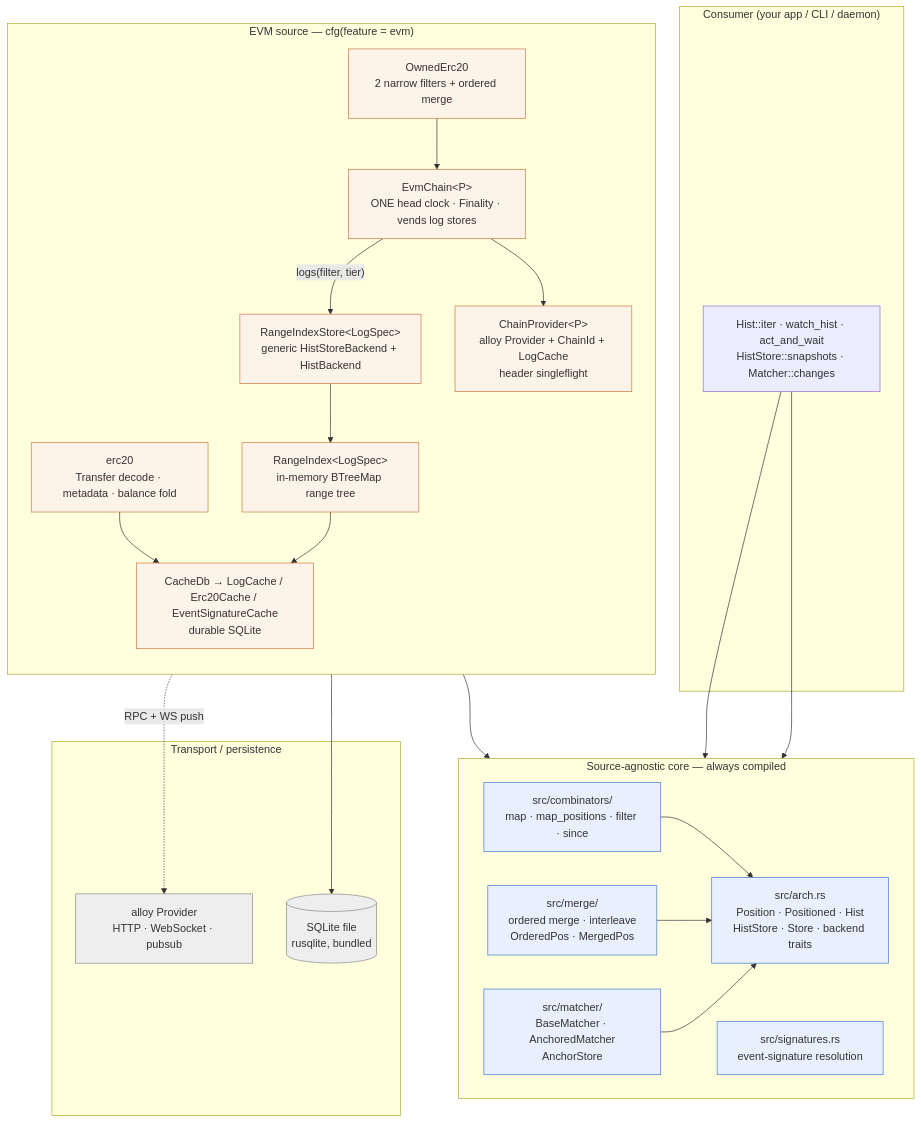
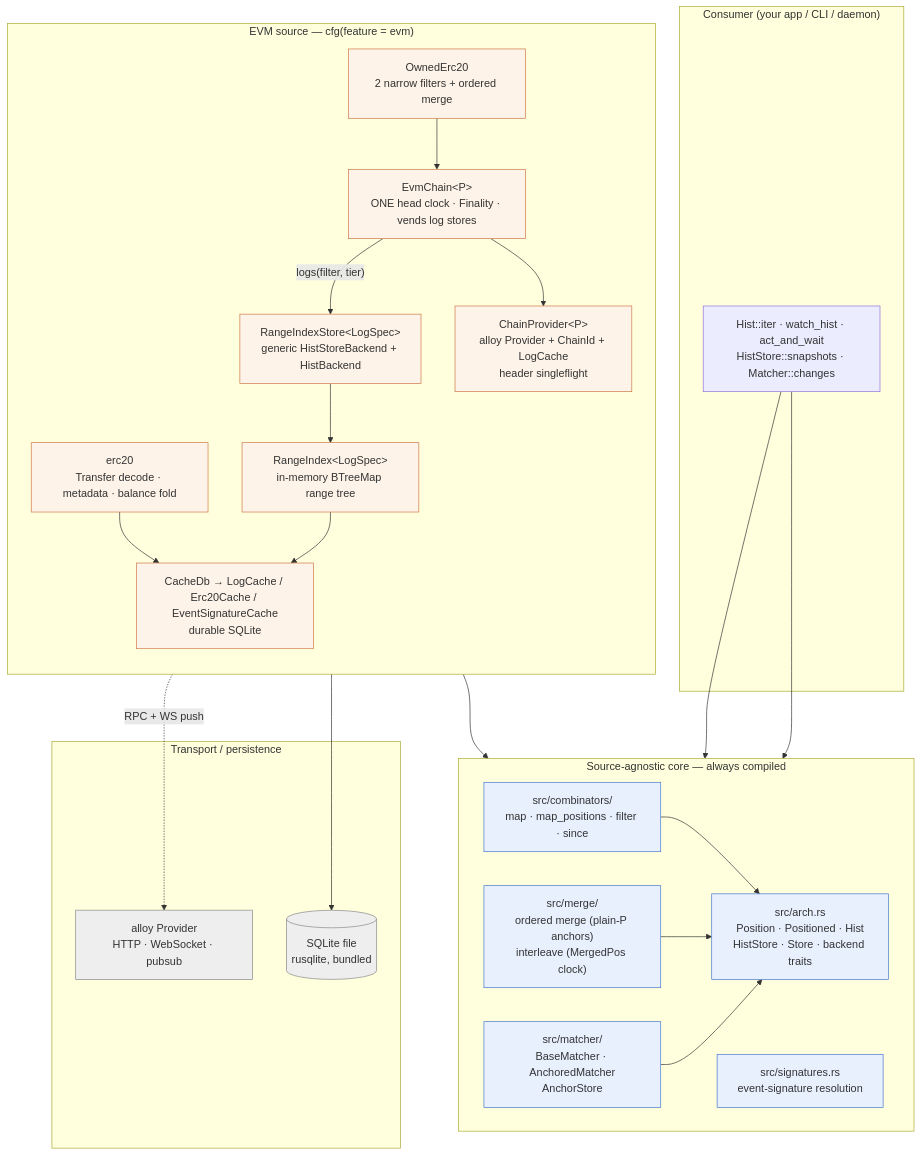
The second of 12 diagrams in docs/ARCHITECTURE.md (nikicat/chainfold), drawn with Mermaid before and after one commit. The commit also changed other lines of this file and 2 other files, not shown here.

First line of the commit message:
docs: ordered merge coalesces — plain-P anchors in §7 and friends

````diff
--- a/docs/ARCHITECTURE.md
+++ b/docs/ARCHITECTURE.md
@@ -127,53 +127,53 @@
 ```mermaid
 flowchart TB
     subgraph CONSUMER["Consumer (your app / CLI / daemon)"]
         UserCode["Hist::iter · watch_hist · act_and_wait<br/>HistStore::snapshots · Matcher::changes"]
     end
 
     subgraph CORE["Source-agnostic core — always compiled"]
         direction LR
         arch["src/arch.rs<br/>Position · Positioned · Hist<br/>HistStore · Store · backend traits"]
         combinators["src/combinators/<br/>map · map_positions · filter · since"]
-        merge["src/merge/<br/>ordered merge · interleave<br/>OrderedPos · MergedPos"]
+        merge["src/merge/<br/>ordered merge (plain-P anchors)<br/>interleave (MergedPos clock)"]
         matcher["src/matcher/<br/>BaseMatcher · AnchoredMatcher<br/>AnchorStore"]
         signatures["src/signatures.rs<br/>event-signature resolution"]
     end
 
     subgraph EVM["EVM source — cfg(feature = evm)"]
         direction TB
         EvmChain["EvmChain&lt;P&gt;<br/>ONE head clock · Finality · vends log stores"]
         OwnedErc20["OwnedErc20<br/>2 narrow filters + ordered merge"]
         Erc20["erc20<br/>Transfer decode · metadata · balance fold"]
         RIStore["RangeIndexStore&lt;LogSpec&gt;<br/>generic HistStoreBackend + HistBackend"]
         RangeIndex["RangeIndex&lt;LogSpec&gt;<br/>in-memory BTreeMap range tree"]
         Cache["CacheDb → LogCache / Erc20Cache / EventSignatureCache<br/>durable SQLite"]
         ChainProvider["ChainProvider&lt;P&gt;<br/>alloy Provider + ChainId + LogCache<br/>header singleflight"]
     end
 
     subgraph TRANSPORT["Transport / persistence"]
         Alloy["alloy Provider<br/>HTTP · WebSocket · pubsub"]
         SQLite[("SQLite file<br/>rusqlite, bundled")]
     end
 
     UserCode --> arch
     UserCode --> matcher
     combinators --> arch
     merge --> arch
     matcher --> arch
     OwnedErc20 --> merge
     OwnedErc20 --> EvmChain
     Erc20 --> Cache
     EvmChain -- "logs(filter, tier)" --> RIStore
     EvmChain --> ChainProvider
     RIStore --> RangeIndex
     RangeIndex --> Cache
     ChainProvider -.RPC + WS push.-> Alloy
     Cache --> SQLite
 
     classDef core fill:#e8f0fe,stroke:#4477cc
     classDef evm fill:#fef3e8,stroke:#cc7744
     classDef transport fill:#eee,stroke:#888
     class arch,combinators,merge,matcher,signatures core
     class EvmChain,OwnedErc20,Erc20,RIStore,RangeIndex,Cache,ChainProvider evm
     class Alloy,SQLite transport
 ```
````
